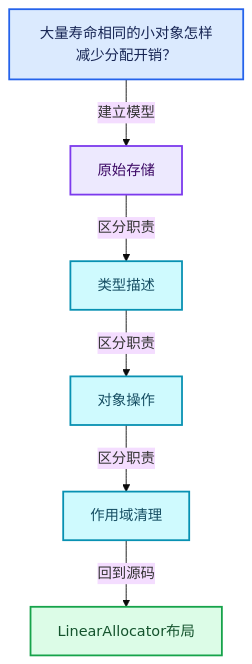
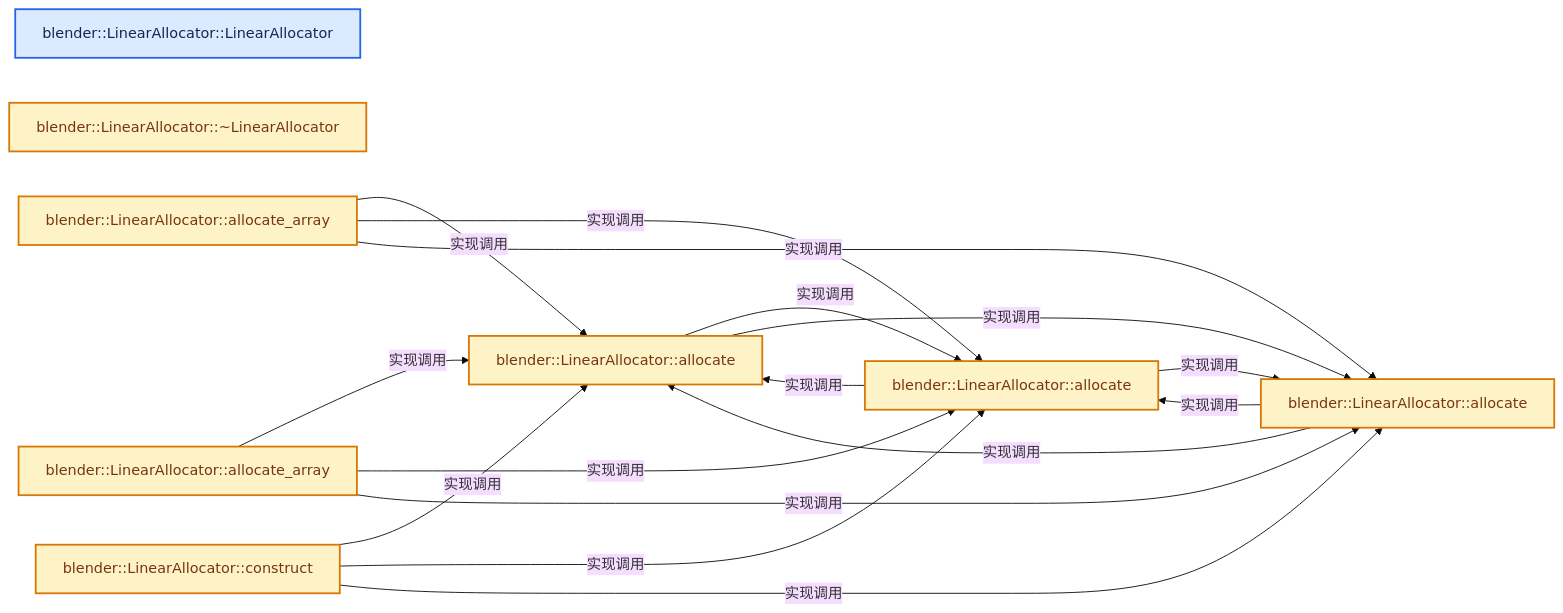
One commit to yunkezengren/blender-.vscode changed the second of 4 diagrams in 杂/markdown/全面学习-codex/03-内存分配与运行时类型/02-LinearAllocator布局.md. Above: the diagram before and after it, drawn with Mermaid (base theme). The commit also changed other lines of this file and 1930 other files, not shown here.

````diff
--- a/杂/markdown/全面学习-codex/03-内存分配与运行时类型/02-LinearAllocator布局.md
+++ b/杂/markdown/全面学习-codex/03-内存分配与运行时类型/02-LinearAllocator布局.md
@@ -60,20 +46,32 @@
 ```mermaid
-flowchart TB
-  Q["大量寿命相同的小对象怎样减少分配开销？"]:::input
-  C0["原始存储"]:::abstraction
-  C1["类型描述"]:::data
-  C2["对象操作"]:::data
-  C3["作用域清理"]:::data
-  R["LinearAllocator布局"]:::result
-  Q -->|"建立模型"| C0
-  C0 -->|"区分职责"| C1
-  C1 -->|"区分职责"| C2
-  C2 -->|"区分职责"| C3
-  C3 -->|"回到源码"| R
+flowchart LR
+  F0["blender::LinearAllocator::LinearAllocator"]:::input
+  F1["blender::LinearAllocator::~LinearAllocator"]:::compute
+  F2["blender::LinearAllocator::allocate"]:::compute
+  F3["blender::LinearAllocator::allocate"]:::compute
+  F4["blender::LinearAllocator::allocate"]:::compute
+  F5["blender::LinearAllocator::allocate_array"]:::compute
+  F6["blender::LinearAllocator::allocate_array"]:::compute
+  F7["blender::LinearAllocator::construct"]:::compute
+  F2 -->|"实现调用"| F3
+  F2 -->|"实现调用"| F4
+  F3 -->|"实现调用"| F2
+  F3 -->|"实现调用"| F4
+  F4 -->|"实现调用"| F2
+  F4 -->|"实现调用"| F3
+  F5 -->|"实现调用"| F2
+  F5 -->|"实现调用"| F3
+  F5 -->|"实现调用"| F4
+  F6 -->|"实现调用"| F2
+  F6 -->|"实现调用"| F3
+  F6 -->|"实现调用"| F4
+  F7 -->|"实现调用"| F2
+  F7 -->|"实现调用"| F3
+  F7 -->|"实现调用"| F4
   classDef input fill:#DBEAFE,stroke:#2563EB,color:#172554,stroke-width:2px;
   classDef data fill:#CFFAFE,stroke:#0891B2,color:#164E63,stroke-width:2px;
   classDef abstraction fill:#EDE9FE,stroke:#7C3AED,color:#3B0764,stroke-width:2px;
   classDef compute fill:#FEF3C7,stroke:#D97706,color:#78350F,stroke-width:2px;
   classDef result fill:#DCFCE7,stroke:#16A34A,color:#14532D,stroke-width:2px;
   classDef error fill:#FEE2E2,stroke:#DC2626,color:#7F1D1D,stroke-width:2px;
 ```
````
